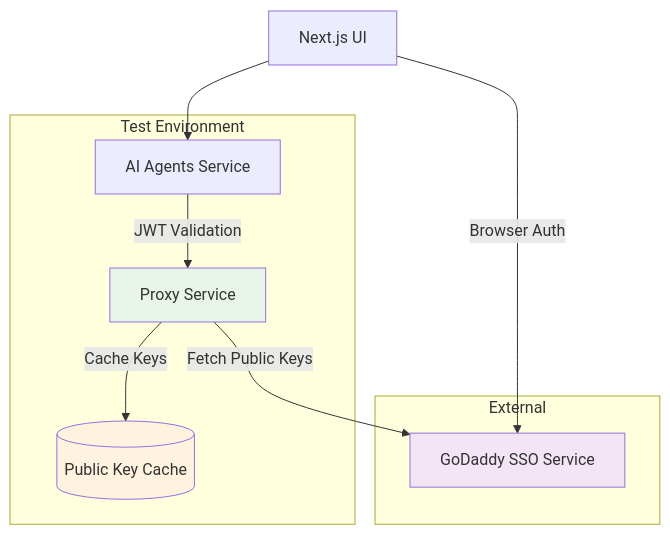
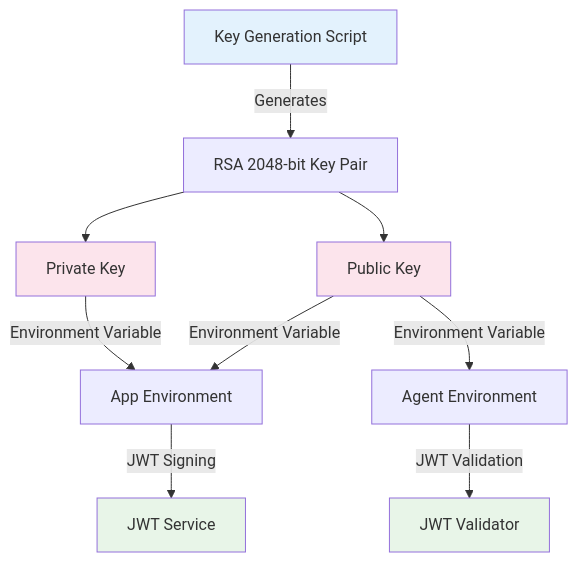
The sixth of 7 diagrams in docs/ui-agents-authentication-architecture.md (hsharif-godaddy/hackathon2026), drawn with Mermaid before and after one commit. The commit also changed other lines of this file and 37 other files, not shown here.

````diff
--- a/docs/ui-agents-authentication-architecture.md
+++ b/docs/ui-agents-authentication-architecture.md
@@ -242,24 +249,19 @@
 ```mermaid
 graph TB
-    UIProxy[Next.js UI] --> AgentsProxy[AI Agents Service]
-    AgentsProxy -->|JWT Validation| ProxyService[Proxy Service]
+    KeyGen[Key Generation Script] -->|Generates| KeyPair[RSA 2048-bit Key Pair]
+    KeyPair --> PrivateKey[Private Key]
+    KeyPair --> PublicKey[Public Key]
 
-    ProxyService -->|Fetch Public Keys| SSOProxy[GoDaddy SSO Service]
-    ProxyService -->|Cache Keys| KeyCache[(Public Key Cache)]
+    PrivateKey -->|Environment Variable| AppEnv[App Environment]
+    PublicKey -->|Environment Variable| AppEnv
+    PublicKey -->|Environment Variable| AgentEnv[Agent Environment]
 
-    UIProxy -->|Browser Auth| SSOProxy
+    AppEnv -->|JWT Signing| JWTService[JWT Service]
+    AgentEnv -->|JWT Validation| JWTValidator[JWT Validator]
 
-    subgraph "Test Environment"
-        AgentsProxy
-        ProxyService
-        KeyCache
-    end
-
-    subgraph "External"
-        SSOProxy
-    end
-
-    style ProxyService fill:#e8f5e8
-    style KeyCache fill:#fff3e0
-    style SSOProxy fill:#f3e5f5
+    style KeyGen fill:#e3f2fd
+    style PrivateKey fill:#fce4ec
+    style PublicKey fill:#fce4ec
+    style JWTService fill:#e8f5e8
+    style JWTValidator fill:#e8f5e8
 ```
````
